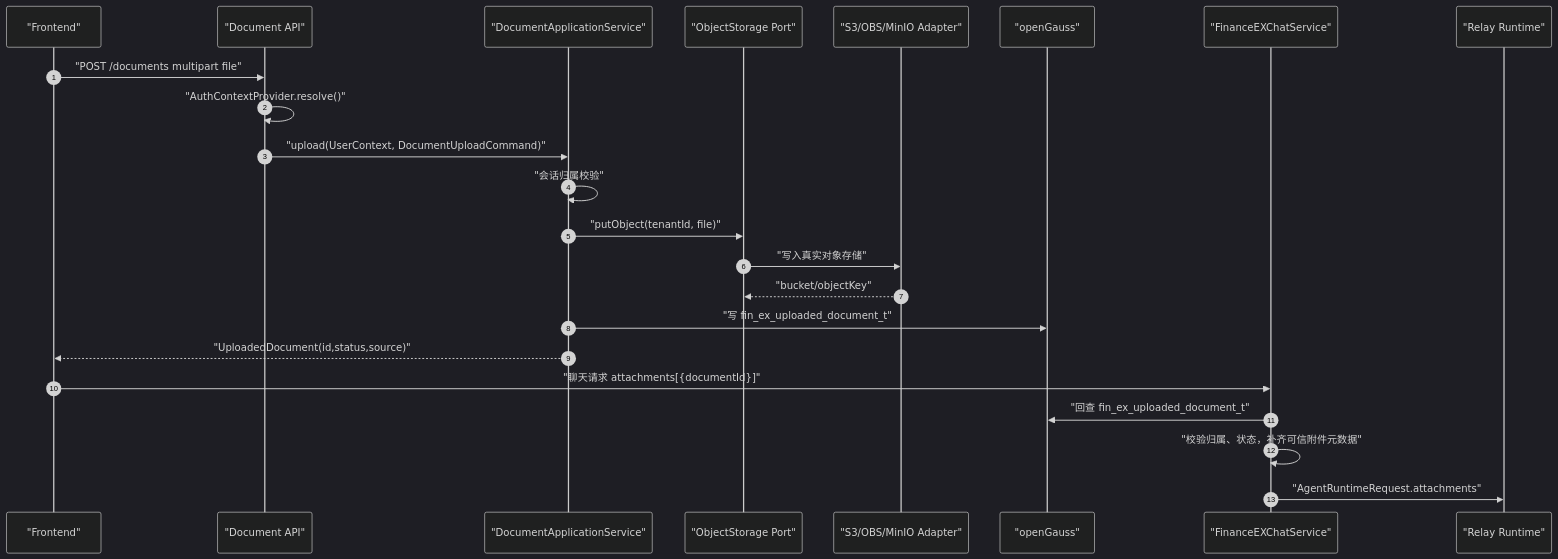
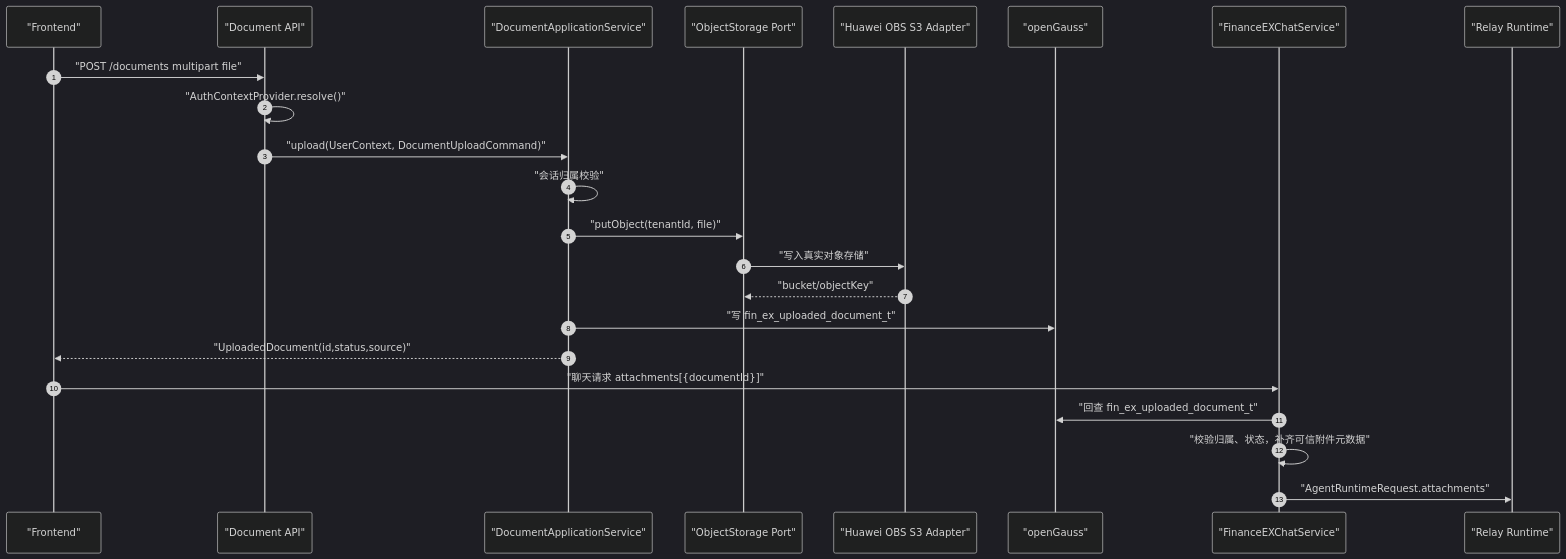
The third of 6 diagrams in docs/architecture/README.md (kunben-duck/exweb), drawn with Mermaid (dark theme) before and after one commit. The commit also changed other lines of this file and 17 other files, not shown here.

Commit message:
feat: replace aws s3 storage with huawei s3

````diff
--- a/docs/architecture/README.md
+++ b/docs/architecture/README.md
@@ -143,27 +143,27 @@
 ```mermaid
 sequenceDiagram
     autonumber
     participant Frontend as "Frontend"
     participant DocAPI as "Document API"
     participant DocApp as "DocumentApplicationService"
     participant Storage as "ObjectStorage Port"
-    participant S3 as "S3/OBS/MinIO Adapter"
+    participant HuaweiS3 as "Huawei OBS S3 Adapter"
     participant DB as "openGauss"
     participant Chat as "FinanceEXChatService"
     participant Runtime as "Relay Runtime"
 
     Frontend->>DocAPI: "POST /documents multipart file"
     DocAPI->>DocAPI: "AuthContextProvider.resolve()"
     DocAPI->>DocApp: "upload(UserContext, DocumentUploadCommand)"
     DocApp->>DocApp: "会话归属校验"
     DocApp->>Storage: "putObject(tenantId, file)"
-    Storage->>S3: "写入真实对象存储"
-    S3-->>Storage: "bucket/objectKey"
+    Storage->>HuaweiS3: "写入真实对象存储"
+    HuaweiS3-->>Storage: "bucket/objectKey"
     DocApp->>DB: "写 fin_ex_uploaded_document_t"
     DocApp-->>Frontend: "UploadedDocument(id,status,source)"
 
     Frontend->>Chat: "聊天请求 attachments[{documentId}]"
     Chat->>DB: "回查 fin_ex_uploaded_document_t"
     Chat->>Chat: "校验归属、状态，补齐可信附件元数据"
     Chat->>Runtime: "AgentRuntimeRequest.attachments"
 ```
````
